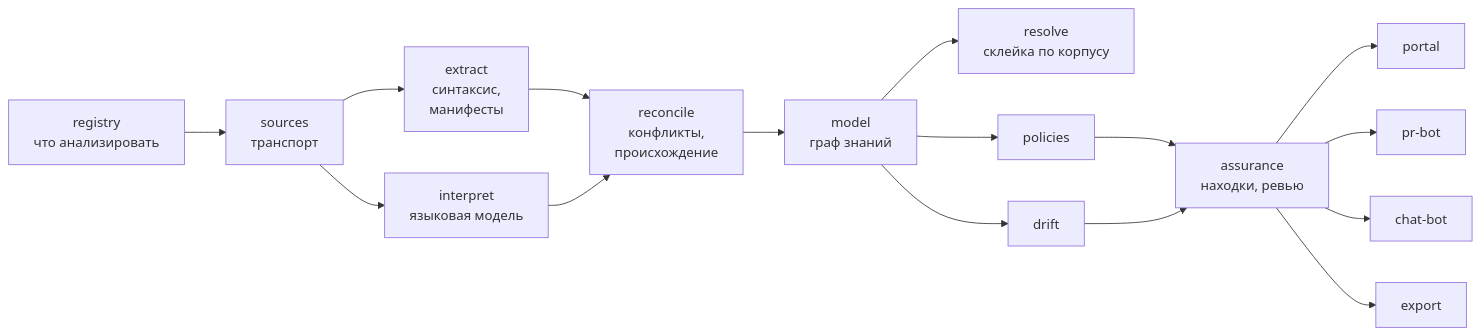
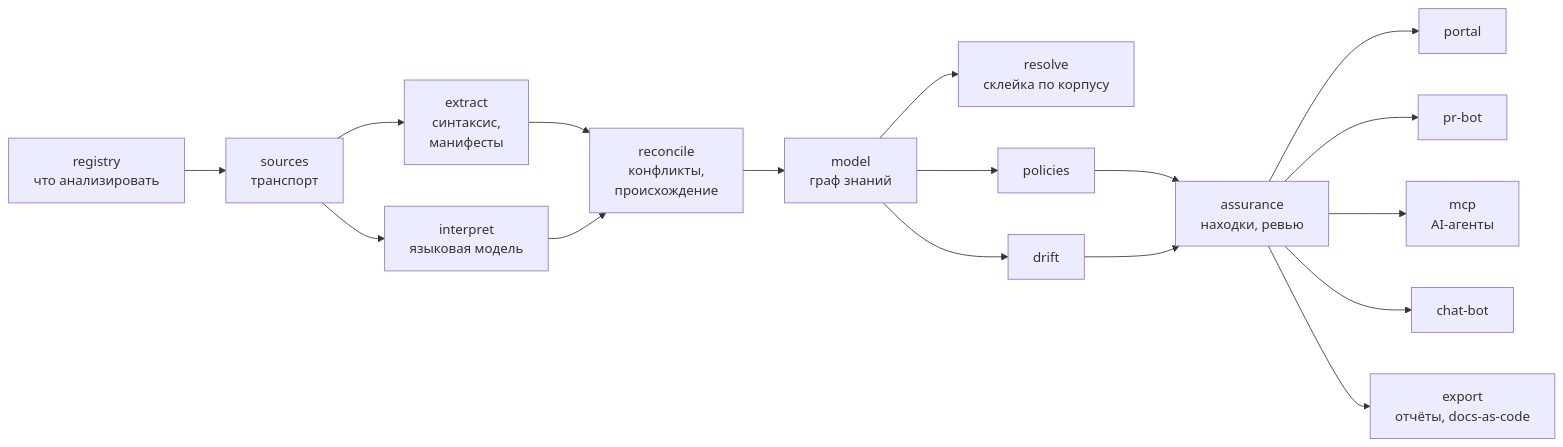
One commit to teamv39/archon changed the diagram in docs/architecture/modules/README.md. Above: the diagram before and after it, drawn with Mermaid. The commit also changed other lines of this file and 12 other files, not shown here.

Commit message:
Docs: update project documentation and add MCP architecture module documentation

````diff
--- a/docs/architecture/modules/README.md
+++ b/docs/architecture/modules/README.md
@@ -49,33 +53,35 @@
 ```mermaid
 flowchart LR
     registry["registry<br/>что анализировать"]
     sources["sources<br/>транспорт"]
     extract["extract<br/>синтаксис,<br/>манифесты"]
     interpret["interpret<br/>языковая модель"]
     reconcile["reconcile<br/>конфликты,<br/>происхождение"]
     model["model<br/>граф знаний"]
     resolve["resolve<br/>склейка по корпусу"]
     policies["policies"]
     drift["drift"]
     assurance["assurance<br/>находки, ревью"]
     portal["portal"]
     prbot["pr-bot"]
+    mcp["mcp<br/>AI-агенты"]
     chatbot["chat-bot"]
-    export["export"]
+    export["export<br/>отчёты, docs-as-code"]
 
     registry --> sources
     sources --> extract
     sources --> interpret
     extract --> reconcile
     interpret --> reconcile
     reconcile --> model
     model --> resolve
     model --> policies
     model --> drift
     policies --> assurance
     drift --> assurance
     assurance --> portal
     assurance --> prbot
+    assurance --> mcp
     assurance --> chatbot
     assurance --> export
 ```
````
